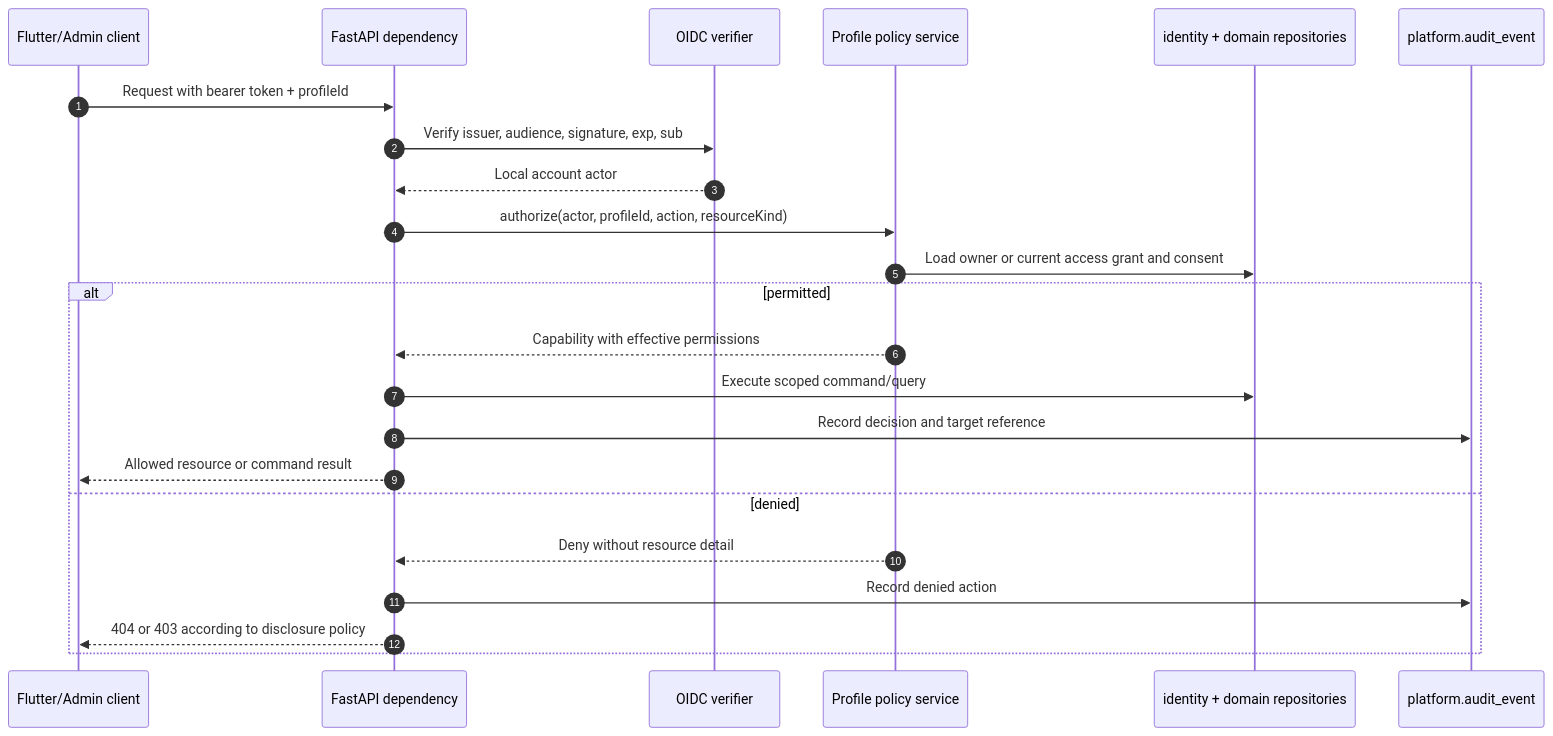
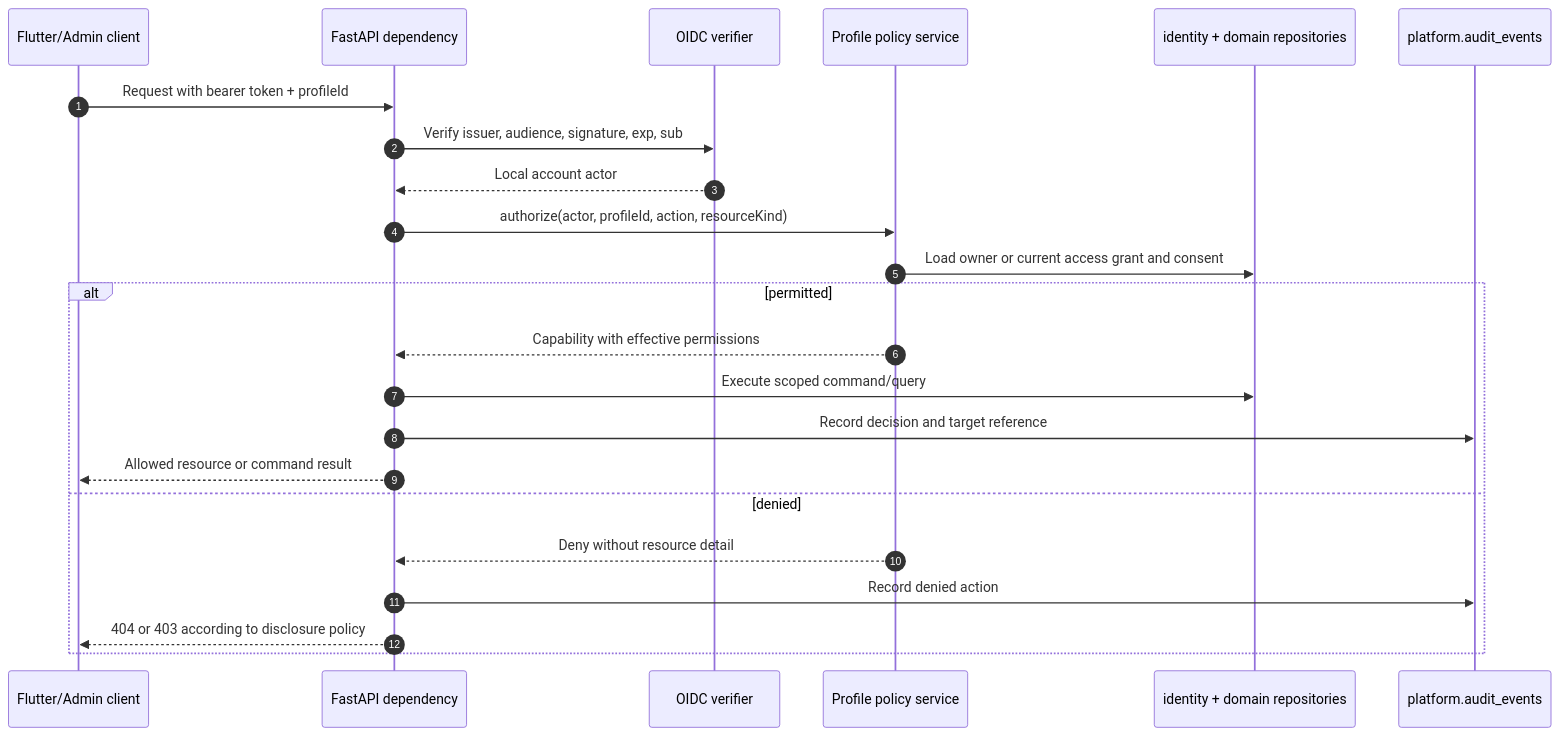
One commit to Paradox-Tech-BD/nirog-storybook changed the second of 2 diagrams in docs/nirog/technical-analysis/01-user-management.md. Above: the diagram before and after it, drawn with Mermaid. The commit also changed other lines of this file and 56 other files, not shown here.

Commit message:
docs: add unified system architecture and reconcile contracts

````diff
--- a/docs/nirog/technical-analysis/01-user-management.md
+++ b/docs/nirog/technical-analysis/01-user-management.md
@@ -51,25 +51,25 @@
 ```mermaid
 sequenceDiagram
   autonumber
   participant Client as Flutter/Admin client
   participant API as FastAPI dependency
   participant OIDC as OIDC verifier
   participant Policy as Profile policy service
   participant DB as identity + domain repositories
-  participant Audit as platform.audit_event
+  participant Audit as platform.audit_events
   Client->>API: Request with bearer token + profileId
   API->>OIDC: Verify issuer, audience, signature, exp, sub
   OIDC-->>API: Local account actor
   API->>Policy: authorize(actor, profileId, action, resourceKind)
   Policy->>DB: Load owner or current access grant and consent
   alt permitted
     Policy-->>API: Capability with effective permissions
     API->>DB: Execute scoped command/query
     API->>Audit: Record decision and target reference
     API-->>Client: Allowed resource or command result
   else denied
     Policy-->>API: Deny without resource detail
     API->>Audit: Record denied action
     API-->>Client: 404 or 403 according to disclosure policy
   end
 ```
````
